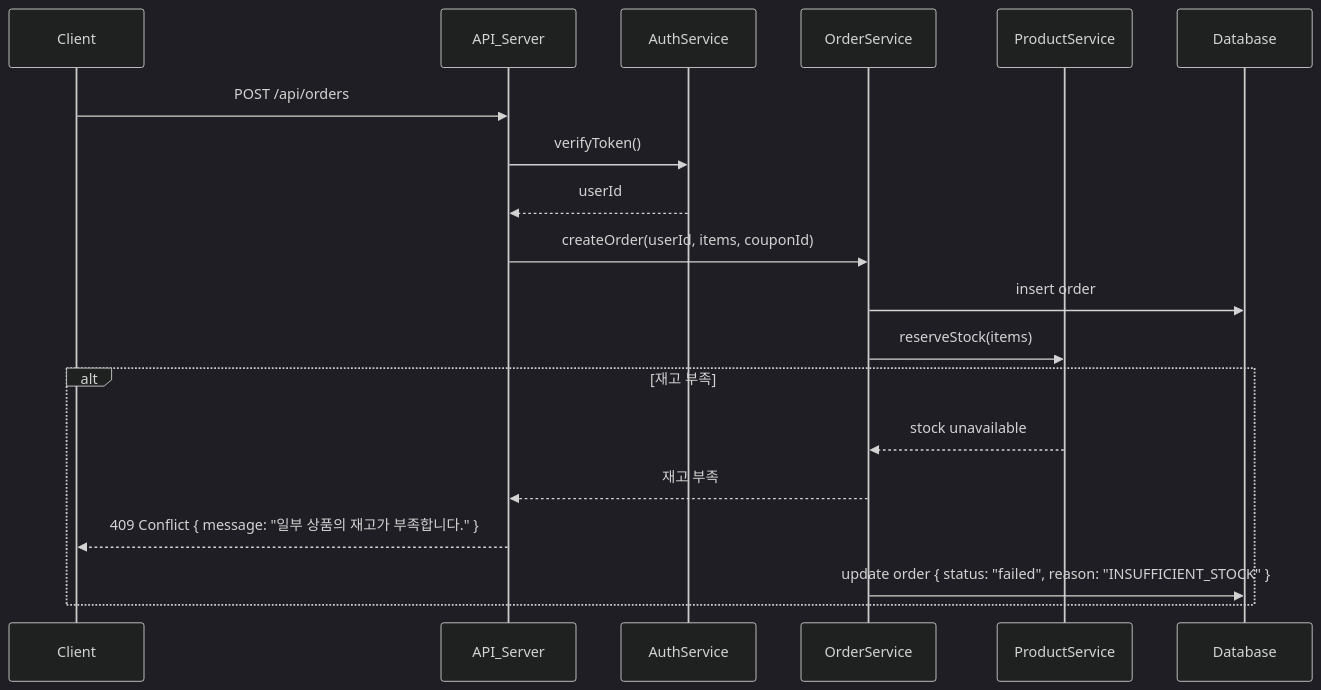
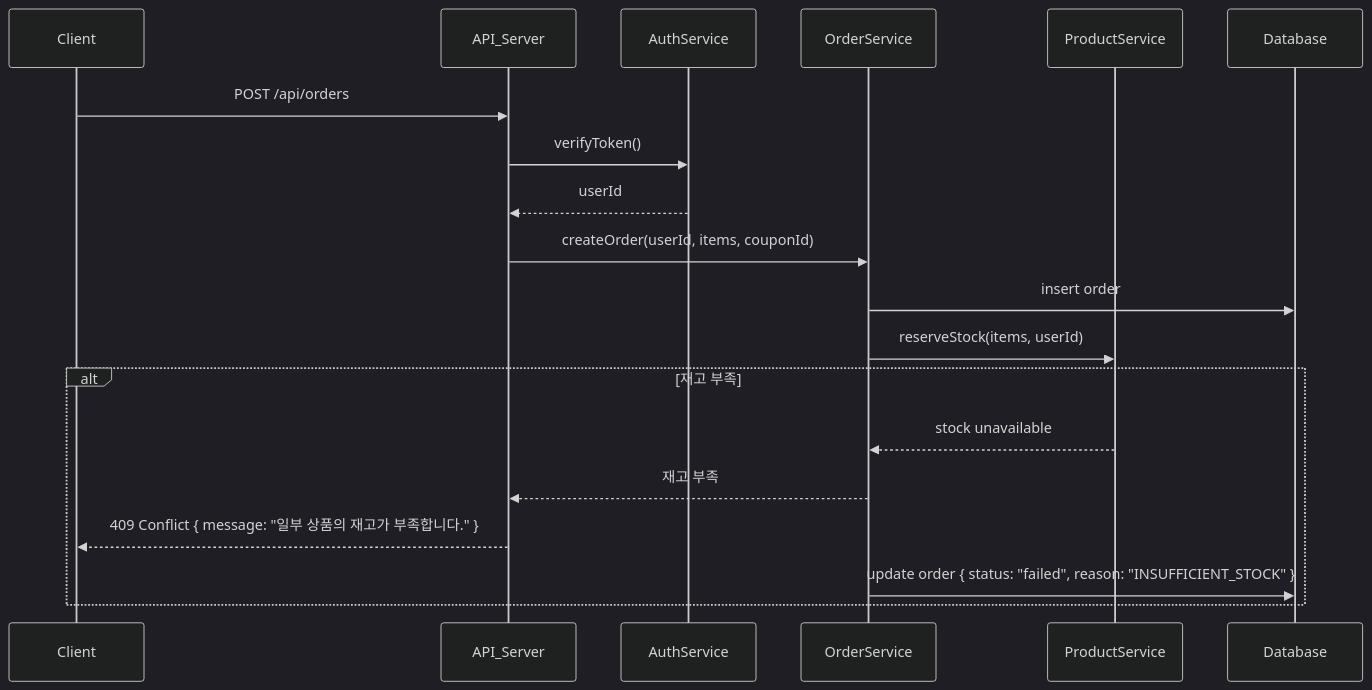
Before and after one commit to seho0808/hh-9-be-2: the third of 5 diagrams in docs/04-sequence-diagrams/04-order.md, drawn with Mermaid (dark theme). The commit also changed other lines of this file and 2 other files, not shown here.

First line of the commit message:
docs: 재고 reserve/release 구현 문서화

````diff
--- a/docs/04-sequence-diagrams/04-order.md
+++ b/docs/04-sequence-diagrams/04-order.md
@@ -107,26 +107,26 @@
 ```mermaid
 sequenceDiagram
     participant Client
     participant API_Server
     participant AuthService
     participant OrderService
     participant ProductService
 
     Client->>API_Server: POST /api/orders
     API_Server->>AuthService: verifyToken()
     AuthService-->>API_Server: userId
 
     API_Server->>OrderService: createOrder(userId, items, couponId)
     OrderService->>Database: insert order
 
-    OrderService->>ProductService: reserveStock(items)
+    OrderService->>ProductService: reserveStock(items, userId)
 
     alt 재고 부족
         ProductService-->>OrderService: stock unavailable
         OrderService-->>API_Server: 재고 부족
         API_Server-->>Client: 409 Conflict { message: "일부 상품의 재고가 부족합니다." }
 
         %% 주문 상태 업데이트 (실패 처리)
         OrderService->>Database: update order { status: "failed", reason: "INSUFFICIENT_STOCK" }
     end
 ```
````
